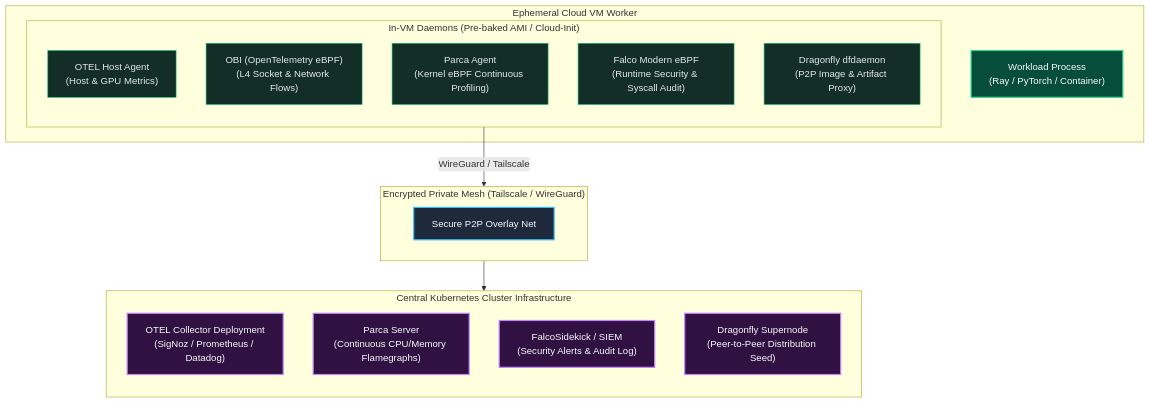
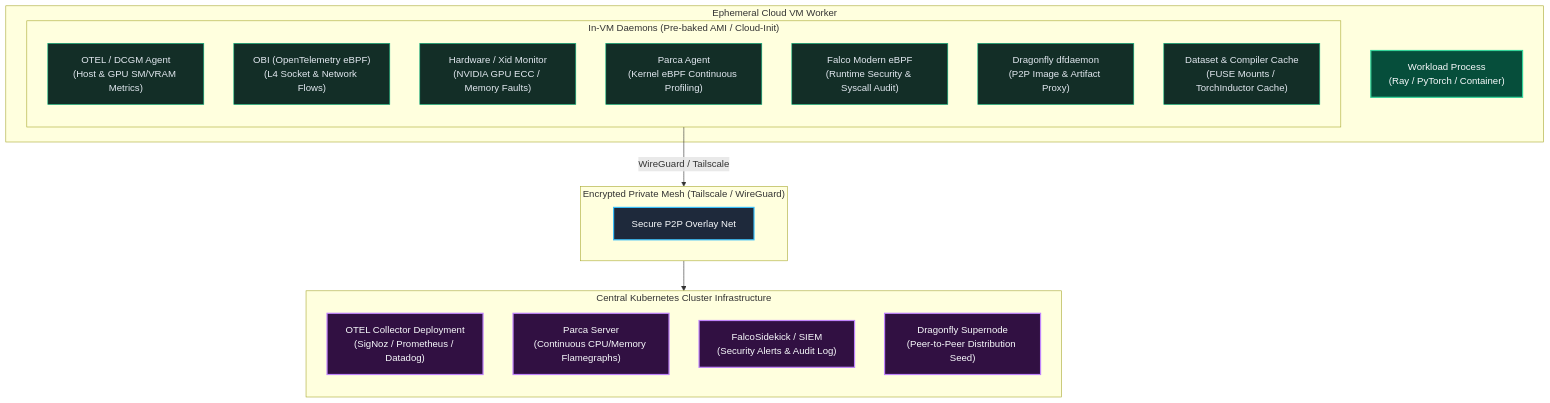
One commit to simonepri/interlink-cloudvm-plugin changed the seventh of 8 diagrams in readme.md. Above: the diagram before and after it, drawn with Mermaid. The commit also changed other lines of this file, not shown here.

Commit message:
docs: add csi_rclone, torch_compile_cache, and node_problem_detector architecture

````diff
--- a/readme.md
+++ b/readme.md
@@ -293,36 +293,38 @@
 ```mermaid
 flowchart TD
     classDef vm fill:#064E3B,stroke:#34D399,stroke-width:2px,color:#F8FAFC
     classDef daemon fill:#132E27,stroke:#10B981,stroke-width:1px,color:#E2E8F0
     classDef mesh fill:#1E293B,stroke:#38BDF8,stroke-width:2px,color:#F8FAFC
     classDef central fill:#311042,stroke:#C084FC,stroke-width:2px,color:#F8FAFC
 
     subgraph VM["Ephemeral Cloud VM Worker"]
         Workload["Workload Process\n(Ray / PyTorch / Container)"]:::vm
         
         subgraph Agents["In-VM Daemons (Pre-baked AMI / Cloud-Init)"]
             direction TB
-            OTEL["OTEL Host Agent\n(Host & GPU Metrics)"]:::daemon
+            OTEL["OTEL / DCGM Agent\n(Host & GPU SM/VRAM Metrics)"]:::daemon
             OBI["OBI (OpenTelemetry eBPF)\n(L4 Socket & Network Flows)"]:::daemon
+            NPD["Hardware / Xid Monitor\n(NVIDIA GPU ECC / Memory Faults)"]:::daemon
             Parca["Parca Agent\n(Kernel eBPF Continuous Profiling)"]:::daemon
             Falco["Falco Modern eBPF\n(Runtime Security & Syscall Audit)"]:::daemon
             Dragonfly["Dragonfly dfdaemon\n(P2P Image & Artifact Proxy)"]:::daemon
+            Storage["Dataset & Compiler Cache\n(FUSE Mounts / TorchInductor Cache)"]:::daemon
         end
     end
 
     subgraph Mesh["Encrypted Private Mesh (Tailscale / WireGuard)"]
         direction LR
         M1["Secure P2P Overlay Net"]:::mesh
     end
 
     subgraph Cluster["Central Kubernetes Cluster Infrastructure"]
         direction TB
         C1["OTEL Collector Deployment\n(SigNoz / Prometheus / Datadog)"]:::central
         C2["Parca Server\n(Continuous CPU/Memory Flamegraphs)"]:::central
         C3["FalcoSidekick / SIEM\n(Security Alerts & Audit Log)"]:::central
         C4["Dragonfly Supernode\n(Peer-to-Peer Distribution Seed)"]:::central
     end
 
     Agents -->|WireGuard / Tailscale| Mesh
     Mesh --> Cluster
 ```
````
